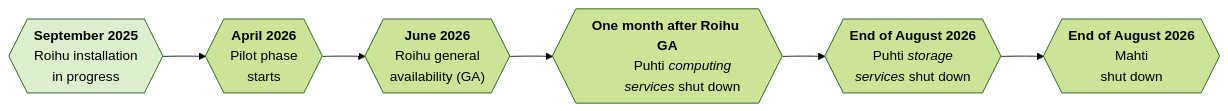
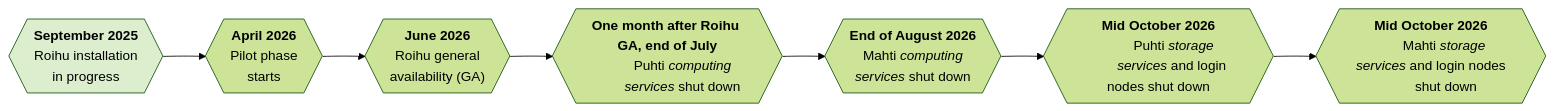
The diagram in docs/computing/systems-roihu.md (CSCfi/csc-user-guide), drawn with Mermaid (forest theme) before and after one commit. The commit also changed other lines of this file, not shown here.

Commit message:
Update general systems page with Roihu schedules

````diff
--- a/docs/computing/systems-roihu.md
+++ b/docs/computing/systems-roihu.md
@@ -11,22 +11,25 @@
 ```mermaid
 graph LR;
     A{{"<b>September 2025</b>
         Roihu installation
         in progress"}} --> B;
     B{{"<b>April 2026</b>
         Pilot phase
         starts"}} --> C;
     C{{"<b>June 2026</b>
         Roihu general
         availability (GA)"}} --> D;
-    D{{"<b>One month after Roihu GA</b>
+    D{{"<b>One month after Roihu GA, end of July</b>
         Puhti <i>computing
         services</i> shut down"}} --> E;
     E{{"<b>End of August 2026</b>
+        Mahti <i>computing
+        services</i> shut down"}} --> F;
+    F{{"<b>Mid October 2026</b>
         Puhti <i>storage
-        services</i> shut down"}} --> F;
-    F{{"<b>End of August 2026</b>
-        Mahti
+        services</i> and login nodes shut down"}} --> G;
+    G{{"<b>Mid October 2026</b>
+        Mahti <i>storage services</i> and login nodes
         shut down"}}
     style A fill:#dceeceff;
 ```
````
